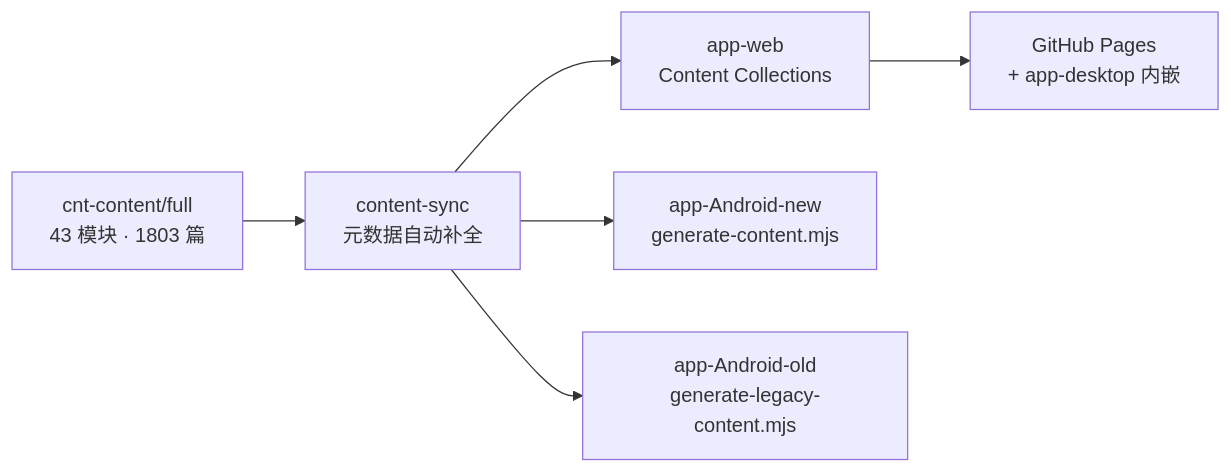
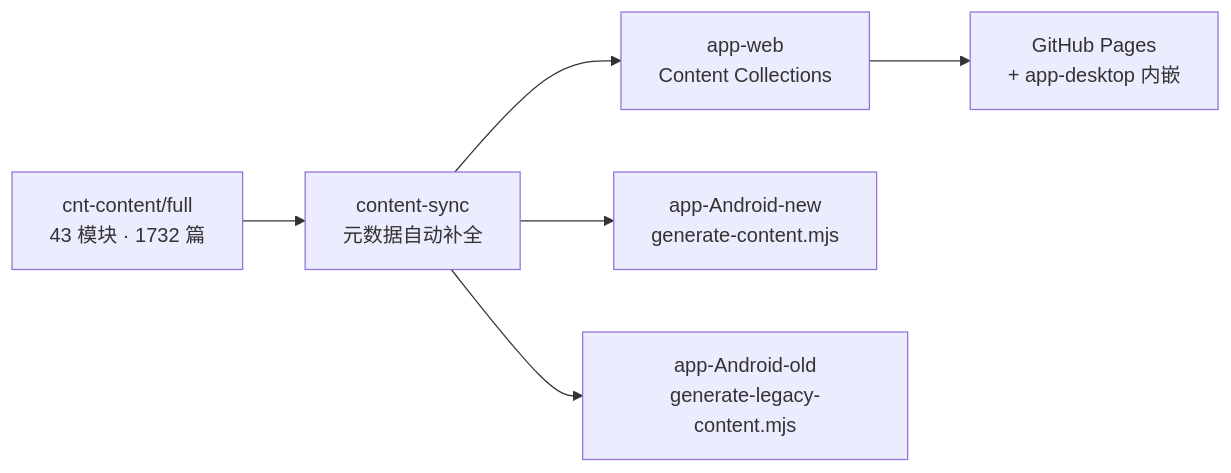
One commit to fanquanpp/FANDEX changed the diagram in README.md. Above: the diagram before and after it, drawn with Mermaid. The commit also changed other lines of this file and 19 other files, not shown here.

````diff
--- a/README.md
+++ b/README.md
@@ -136,8 +136,8 @@
 ```mermaid
 flowchart LR
-    A["cnt-content/full\n43 模块 · 1803 篇"] --> B["content-sync\n元数据自动补全"]
+    A["cnt-content/full\n43 模块 · 1732 篇"] --> B["content-sync\n元数据自动补全"]
     B --> C["app-web\nContent Collections"]
     B --> D["app-Android-new\ngenerate-content.mjs"]
     B --> E["app-Android-old\ngenerate-legacy-content.mjs"]
     C --> F["GitHub Pages\n+ app-desktop 内嵌"]
 ```
````
